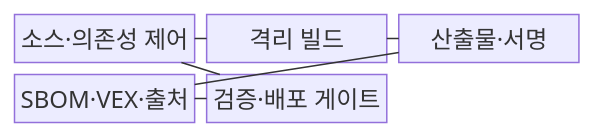
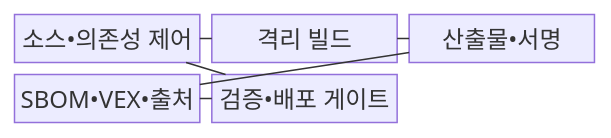
Before and after one commit to agnusdei1207/knowledge-base: the first of 2 diagrams in src/content/docs/notes/05-security/076_supply_chain_security_sbom_vex.md, drawn with Mermaid. The commit also changed other lines of this file and 953 other files, not shown here.

````diff
--- a/src/content/docs/notes/05-security/076_supply_chain_security_sbom_vex.md
+++ b/src/content/docs/notes/05-security/076_supply_chain_security_sbom_vex.md
@@ -63,14 +63,14 @@
 ```mermaid
 block-beta
   columns 3
-  A["소스·의존성 제어"]
+  A["소스•의존성 제어"]
   B["격리 빌드"]
-  C["산출물·서명"]
-  D["SBOM·VEX·출처"]
-  E["검증·배포 게이트"]
+  C["산출물•서명"]
+  D["SBOM•VEX•출처"]
+  E["검증•배포 게이트"]
   A --- B
   B --- C
   C --- D
   D --- E
   E --- A
 ```
````
